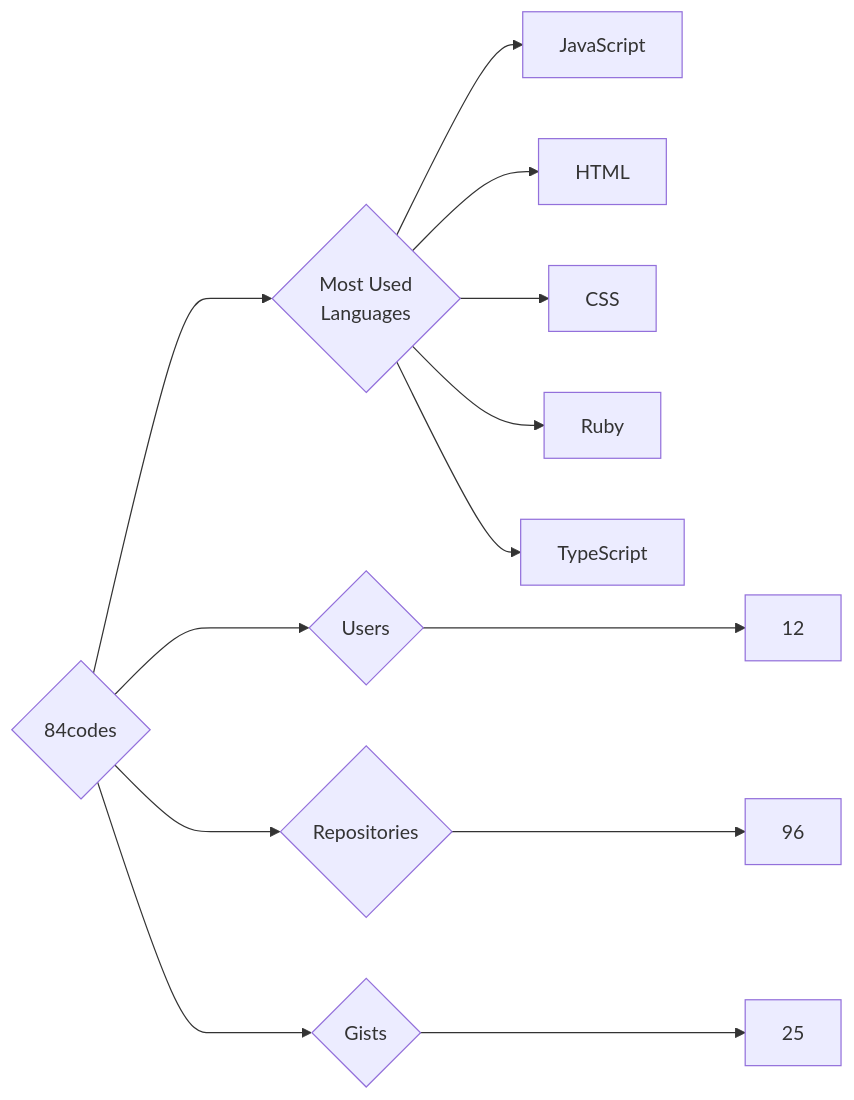
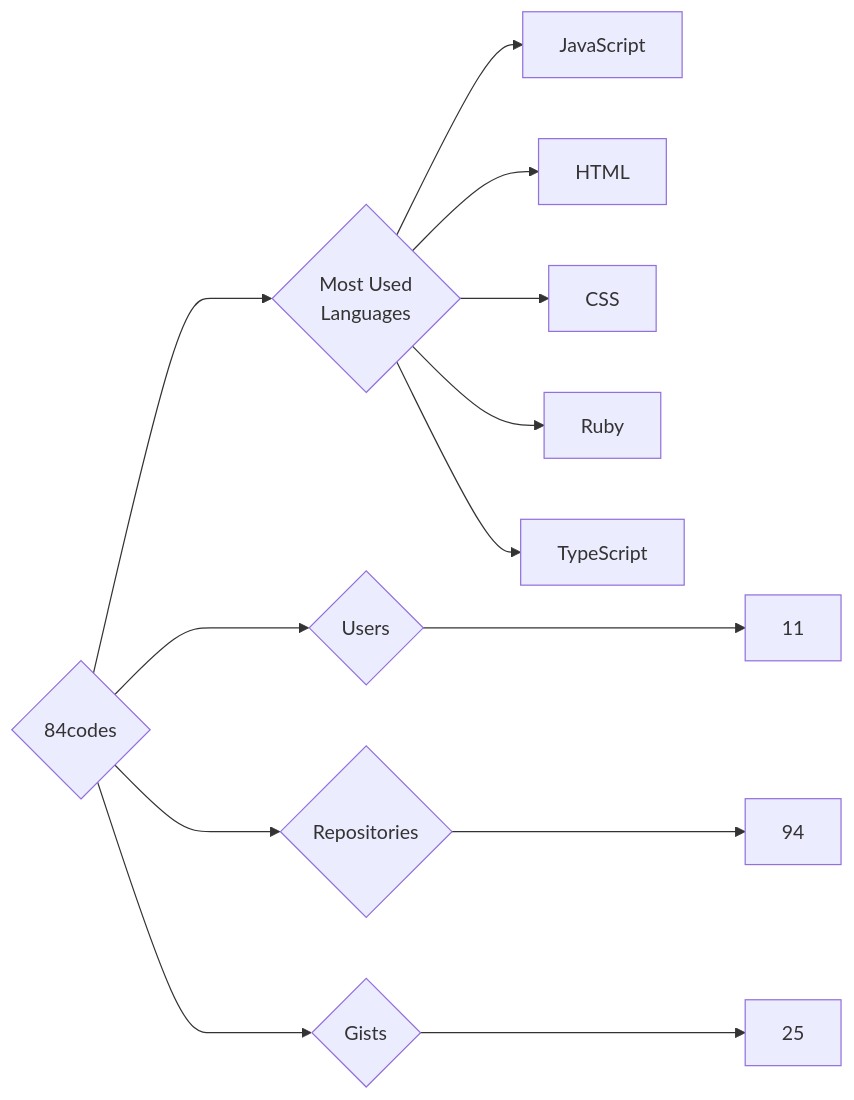
Before and after one commit to trickest/insiders: the diagram in targets/84codes/README.md, drawn with Mermaid. The commit also changed 1088 other files, not shown here.

````diff
--- a/targets/84codes/README.md
+++ b/targets/84codes/README.md
@@ -3,13 +3,13 @@
 ```mermaid
 graph LR
 COMPANY_NAME{84codes}
-COMPANY_NAME ---> U{Users} ---> UN[12]
-COMPANY_NAME ---> R{Repositories} ---> RN[96]
+COMPANY_NAME ---> U{Users} ---> UN[11]
+COMPANY_NAME ---> R{Repositories} ---> RN[94]
 COMPANY_NAME ---> G{Gists} ---> GN[25]
 COMPANY_NAME ---> ML{Most Used<br>Languages}
 ML --> JavaScript[JavaScript]
 ML --> HTML[HTML]
 ML --> CSS[CSS]
 ML --> Ruby[Ruby]
 ML --> TypeScript[TypeScript]
 ```
````
